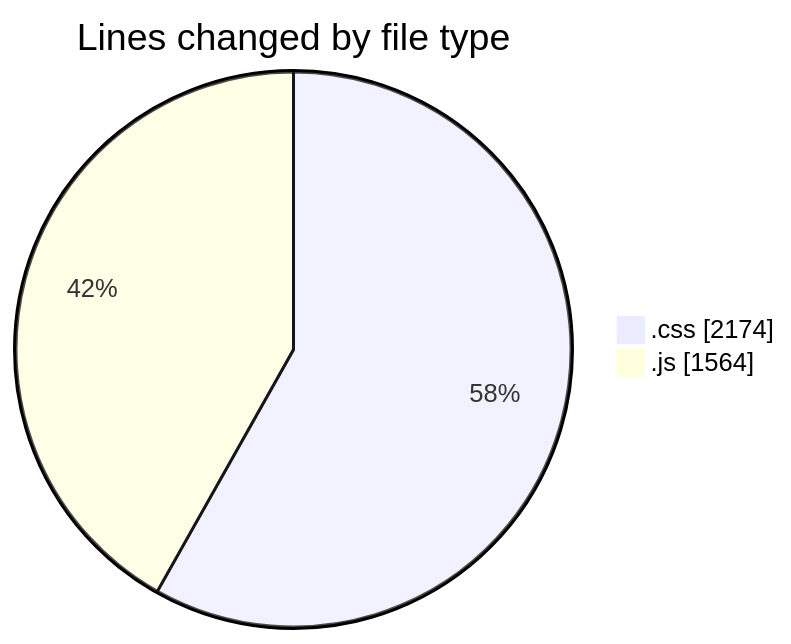
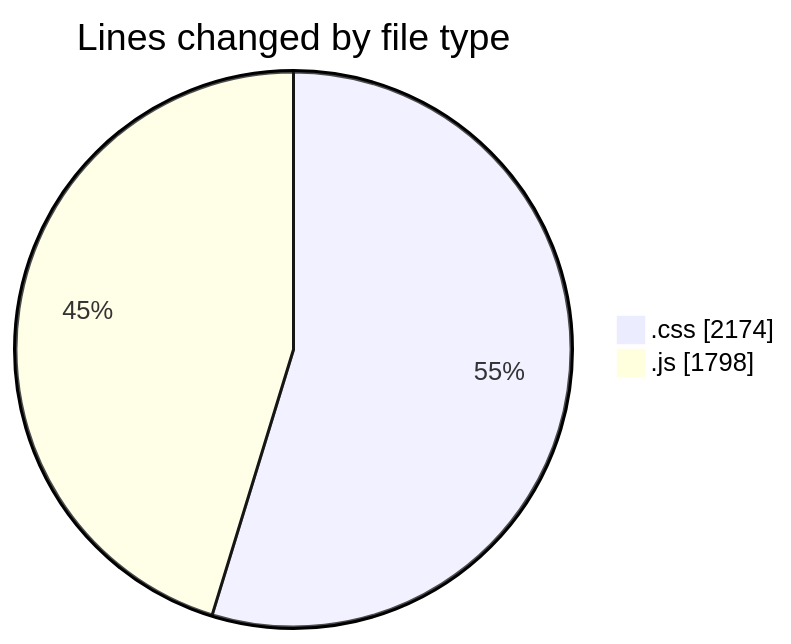
One commit to tmsrecording-cyber/code-tracking changed the first of 2 diagrams in 2026-04-23/darkwire/README.md. Above: the diagram before and after it, drawn with Mermaid. The commit also changed other lines of this file and 1 other file, not shown here.

````diff
--- a/2026-04-23/darkwire/README.md
+++ b/2026-04-23/darkwire/README.md
@@ -26,6 +27,6 @@
 ```mermaid
 pie showData
 title Lines changed by file type
 ".css" : 2174
-".js" : 1564
+".js" : 1798
 ```
````
